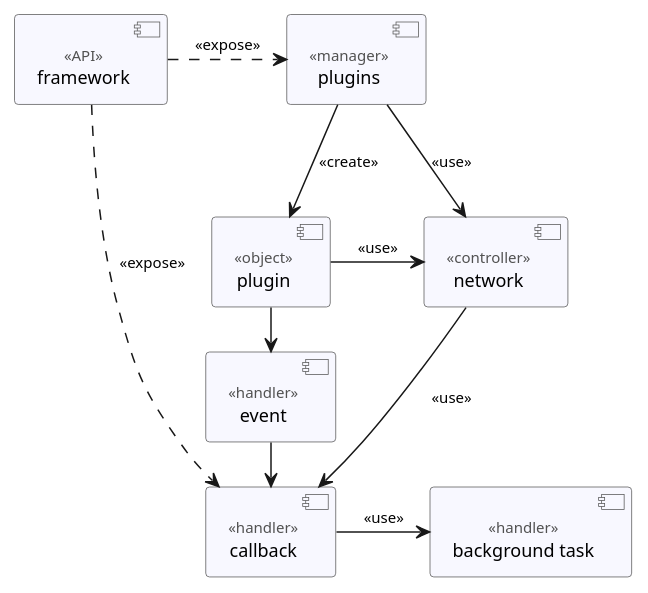
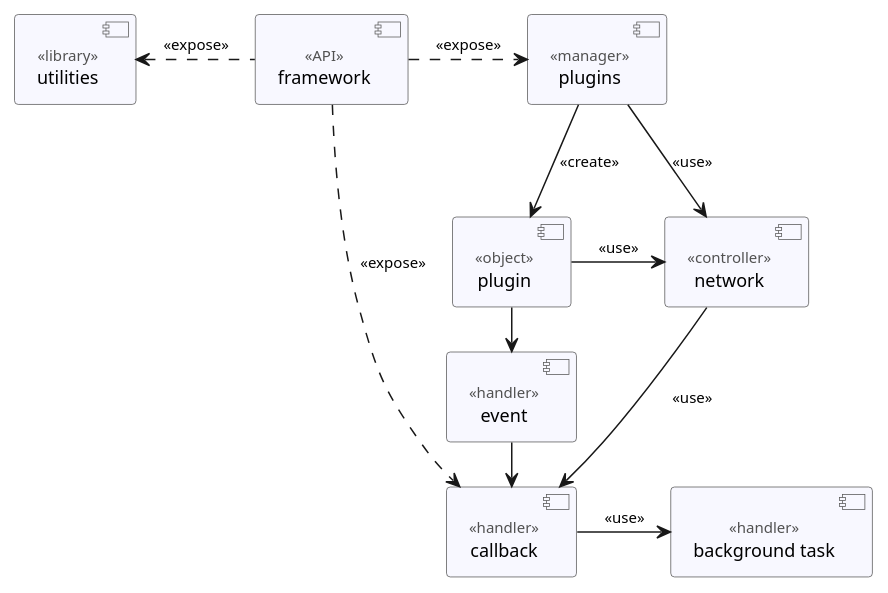
One commit to erik-riklund/wow changed the diagram in Cogspinner/structure.puml. Above: the diagram before and after it, drawn with PlantUML. The commit also changed 12 other files, not shown here.

```diff
--- a/Cogspinner/structure.puml
+++ b/Cogspinner/structure.puml
@@ -1,46 +1,50 @@
 @startuml Cogspinner
 
 skinparam ClassFontSize 12pt
 skinparam ClassFontName Consolas
 skinparam ComponentBackgroundColor GhostWhite
 skinparam ComponentBorderColor #565656
 skinparam ComponentFontStyle normal
 skinparam ComponentFontSize 12pt
 skinparam ComponentFontName Consolas
 skinparam ComponentStereotypeFontName Consolas
 skinparam ComponentStereotypeFontSize 10pt
 skinparam ComponentStereotypeFontColor #515151
 skinparam InterfaceBackgroundColor Orange
 skinparam NoteFontName Franklin Gothic Medium
 skinparam NoteFontSize 12pt
 skinparam NoteFontColor black
 skinparam NoteBackgroundColor #FEFFDD
 skinparam NoteBorderColor #96968D
 skinparam ArrowFontName Consolas
 skinparam ArrowFontSize 10pt
 
 component "framework" as Framework <<API>>
 component "plugins" as PluginManager <<manager>>
 component "plugin" as Plugin <<object>>
 
 Framework .> PluginManager : <<expose>>
 PluginManager -> Plugin : <<create>>
 
 component "network" as Network <<controller>>
 
 PluginManager --> Network : <<use>>
 Plugin -> Network : <<use>>
 
 component "callback" as CallbackHandler <<handler>>
 component "background task" as BackgroundTaskHandler <<handler>>
 
 Framework ..> CallbackHandler : <<expose>>
 Network --> CallbackHandler : <<use>>
 CallbackHandler -> BackgroundTaskHandler : <<use>>
 
 component "event" as EventHandler <<handler>>
 
 Plugin -> EventHandler : <<use>>
 EventHandler -> CallbackHandler : <<use>>
 
+component "utilities" as Utilities <<library>>
+
+Framework .left.> Utilities : <<expose>>
+
 @enduml
```
